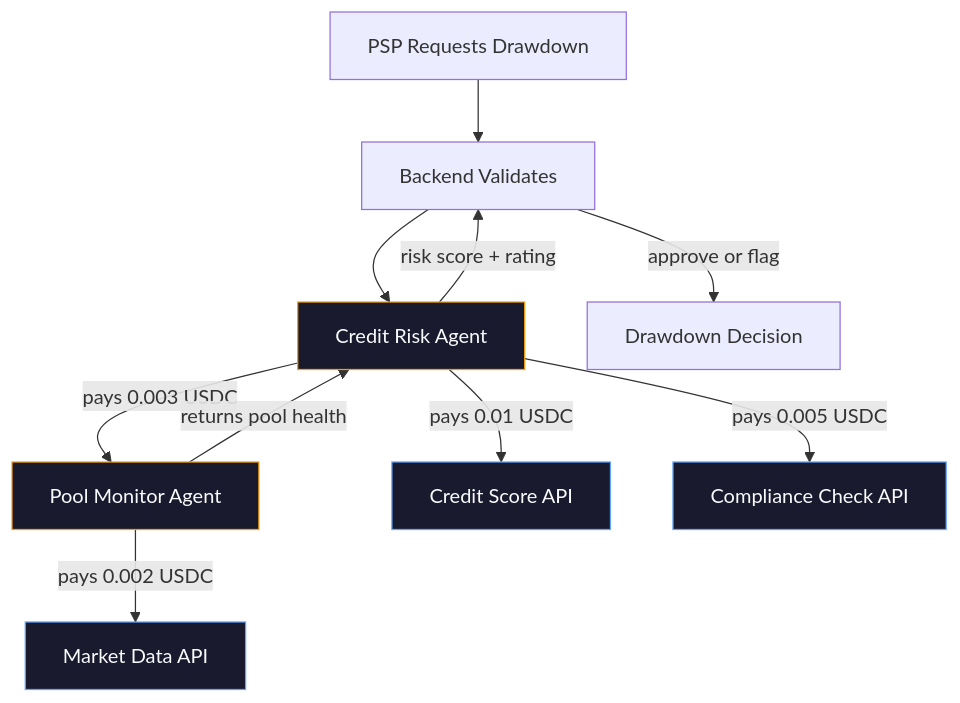
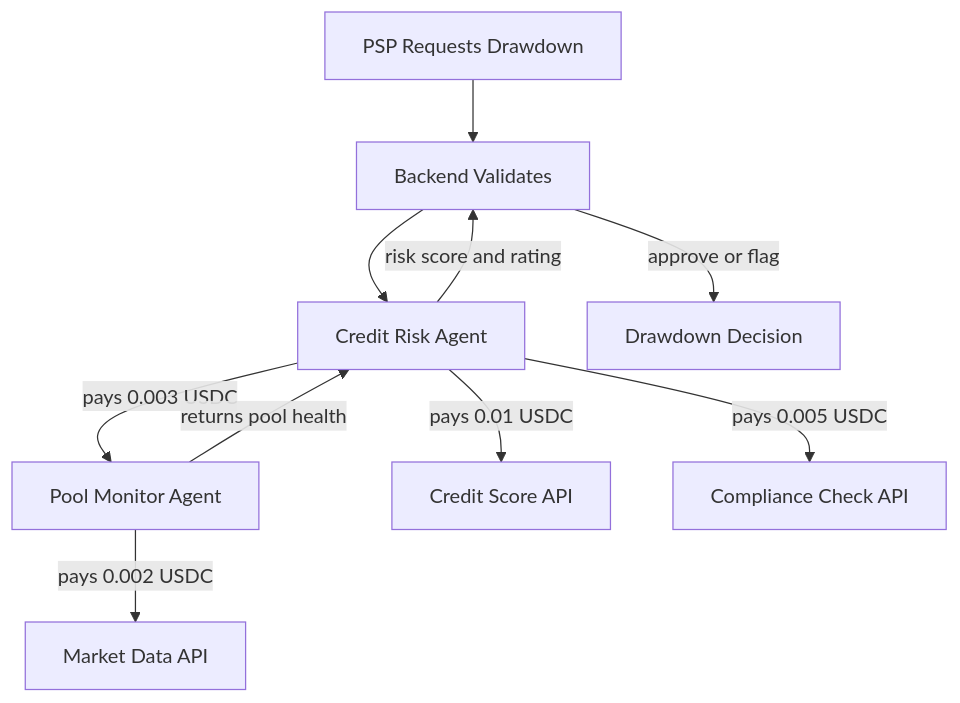
The third of 4 diagrams in docs/architecture.md (strugglingfrfr/PayMate-PSP), drawn with Mermaid before and after one commit. The commit also changed other lines of this file, not shown here.

Commit message:
fix: remove style commands and self-ref from Mermaid diagrams

````diff
--- a/docs/architecture.md
+++ b/docs/architecture.md
@@ -67,18 +67,12 @@
 ```mermaid
 flowchart TD
     PSP_REQ[PSP Requests Drawdown] --> BACKEND[Backend Validates]
     BACKEND --> CRA[Credit Risk Agent]
-    CRA --> |pays 0.003 USDC| PMA[Pool Monitor Agent]
-    CRA --> |pays 0.01 USDC| CS[Credit Score API]
-    CRA --> |pays 0.005 USDC| CC[Compliance Check API]
-    PMA --> |pays 0.002 USDC| MD[Market Data API]
-    PMA --> |returns pool health| CRA
-    CRA --> |risk score + rating| BACKEND
-    BACKEND --> |approve or flag| RESULT[Drawdown Decision]
-
-    style CRA fill:#1a1a2e,stroke:#f59e0b,color:#F8FAFC
-    style PMA fill:#1a1a2e,stroke:#f59e0b,color:#F8FAFC
-    style CS fill:#1a1a2e,stroke:#60A5FA,color:#F8FAFC
-    style CC fill:#1a1a2e,stroke:#60A5FA,color:#F8FAFC
-    style MD fill:#1a1a2e,stroke:#60A5FA,color:#F8FAFC
+    CRA -->|pays 0.003 USDC| PMA[Pool Monitor Agent]
+    CRA -->|pays 0.01 USDC| CS[Credit Score API]
+    CRA -->|pays 0.005 USDC| CC[Compliance Check API]
+    PMA -->|pays 0.002 USDC| MD[Market Data API]
+    PMA -->|returns pool health| CRA
+    CRA -->|risk score and rating| BACKEND
+    BACKEND -->|approve or flag| RESULT[Drawdown Decision]
 ```
````
